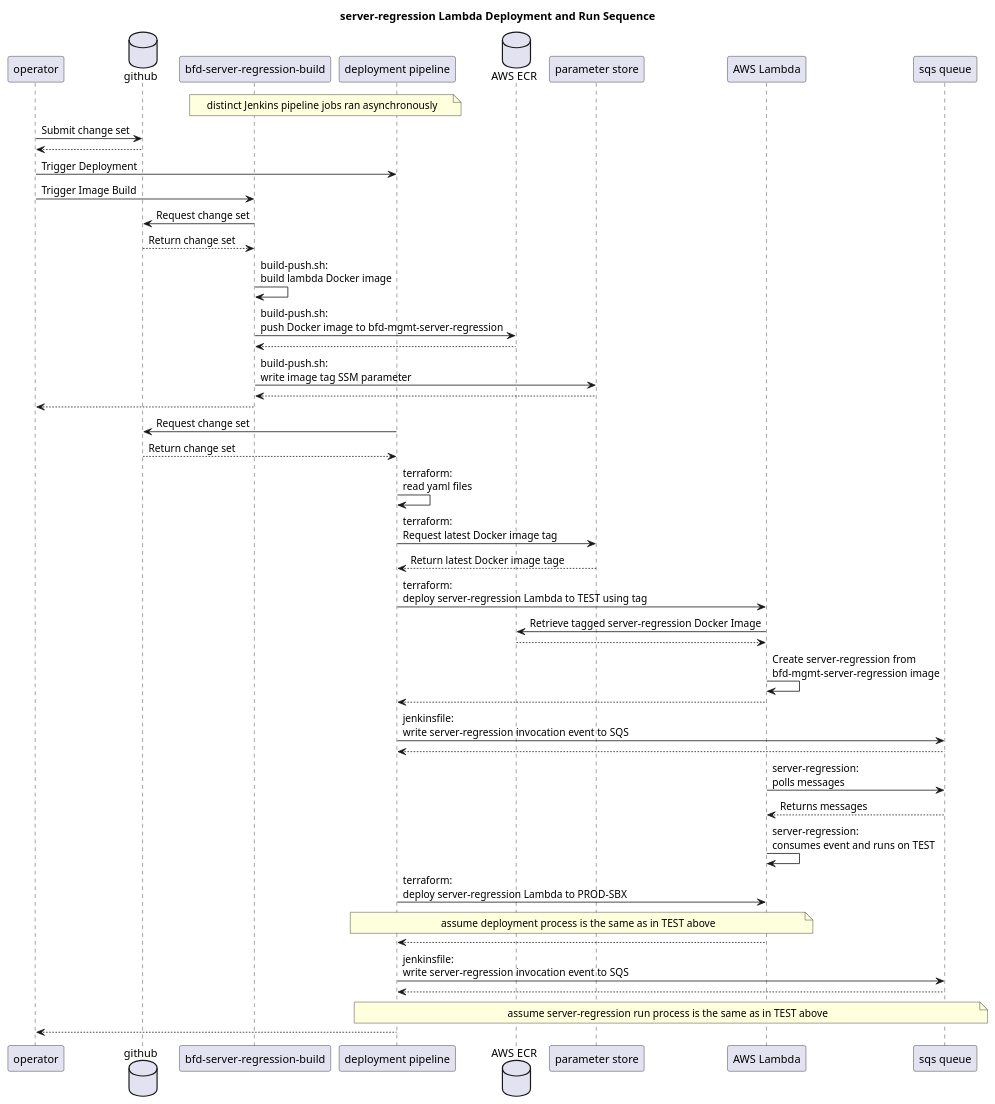
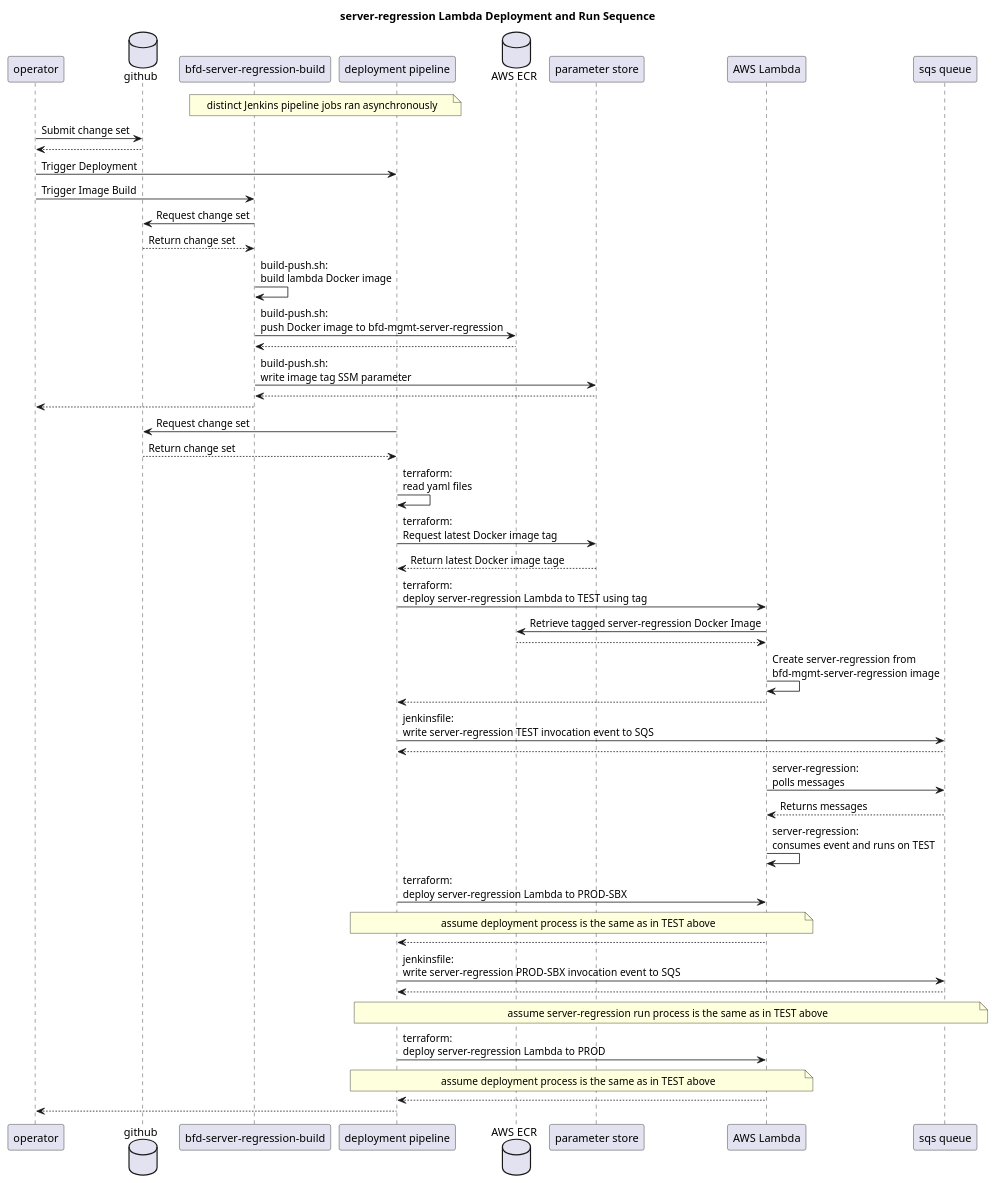
One commit to CMSgov/beneficiary-fhir-data changed the diagram in ops/terraform/services/server/server-regression/docs/server-regression.plantuml. Above: the diagram before and after it, drawn with PlantUML. The commit also changed 1 other file, not shown here.

Commit message:
Be more explicit in diagram about PROD deployment process in diagram

```diff
--- a/ops/terraform/services/server/server-regression/docs/server-regression.plantuml
+++ b/ops/terraform/services/server/server-regression/docs/server-regression.plantuml
@@ -1,46 +1,49 @@
 @startuml server-regression
 title server-regression Lambda Deployment and Run Sequence
 participant operator
 database "github"
 participant "bfd-server-regression-build"
 participant "deployment pipeline"
 database "AWS ECR"
 participant "parameter store"
 participant "AWS Lambda"
 participant "sqs queue"
 note over "bfd-server-regression-build","deployment pipeline": distinct Jenkins pipeline jobs ran asynchronously
 operator -> github: Submit change set
 github --> operator
 operator -> "deployment pipeline": Trigger Deployment
 operator -> "bfd-server-regression-build": Trigger Image Build
 "bfd-server-regression-build" -> github: Request change set
 github --> "bfd-server-regression-build": Return change set
 "bfd-server-regression-build" -> "bfd-server-regression-build": build-push.sh:\nbuild lambda Docker image
 "bfd-server-regression-build" -> "AWS ECR": build-push.sh:\npush Docker image to bfd-mgmt-server-regression
 "AWS ECR" --> "bfd-server-regression-build"
 "bfd-server-regression-build" -> "parameter store": build-push.sh:\nwrite image tag SSM parameter
 "parameter store" --> "bfd-server-regression-build" 
 "bfd-server-regression-build" --> operator
 "deployment pipeline" -> github: Request change set
 github --> "deployment pipeline": Return change set
 "deployment pipeline" -> "deployment pipeline": terraform:\nread yaml files
 "deployment pipeline" -> "parameter store": terraform:\nRequest latest Docker image tag
 "parameter store" --> "deployment pipeline": Return latest Docker image tage
 "deployment pipeline" -> "AWS Lambda": terraform:\ndeploy server-regression Lambda to TEST using tag
 "AWS Lambda" -> "AWS ECR": Retrieve tagged server-regression Docker Image
 "AWS ECR" --> "AWS Lambda"
 "AWS Lambda" -> "AWS Lambda": Create server-regression from\nbfd-mgmt-server-regression image
 "AWS Lambda" --> "deployment pipeline"
-"deployment pipeline" -> "sqs queue": jenkinsfile:\nwrite server-regression invocation event to SQS
+"deployment pipeline" -> "sqs queue": jenkinsfile:\nwrite server-regression TEST invocation event to SQS
 "sqs queue" --> "deployment pipeline"
 "AWS Lambda" -> "sqs queue":server-regression:\npolls messages
 "sqs queue" --> "AWS Lambda":Returns messages
 "AWS Lambda" -> "AWS Lambda":server-regression:\nconsumes event and runs on TEST
 "deployment pipeline" -> "AWS Lambda": terraform:\ndeploy server-regression Lambda to PROD-SBX
 note over "deployment pipeline", "AWS Lambda": assume deployment process is the same as in TEST above
 "AWS Lambda" --> "deployment pipeline"
-"deployment pipeline" -> "sqs queue": jenkinsfile:\nwrite server-regression invocation event to SQS
+"deployment pipeline" -> "sqs queue": jenkinsfile:\nwrite server-regression PROD-SBX invocation event to SQS
 "sqs queue" --> "deployment pipeline"
 note over "deployment pipeline", "sqs queue": assume server-regression run process is the same as in TEST above
+"deployment pipeline" -> "AWS Lambda": terraform:\ndeploy server-regression Lambda to PROD
+note over "deployment pipeline", "AWS Lambda": assume deployment process is the same as in TEST above
+"AWS Lambda" --> "deployment pipeline"
 "deployment pipeline" --> operator
 @enduml
```
